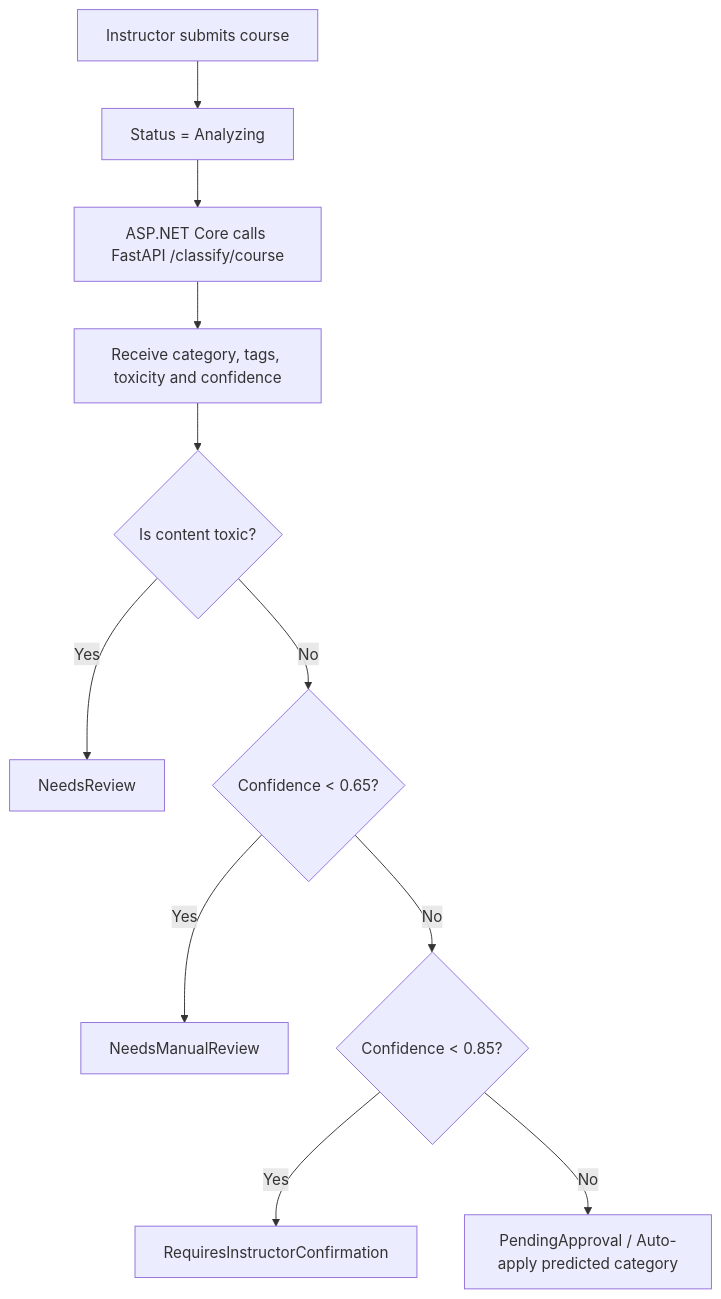
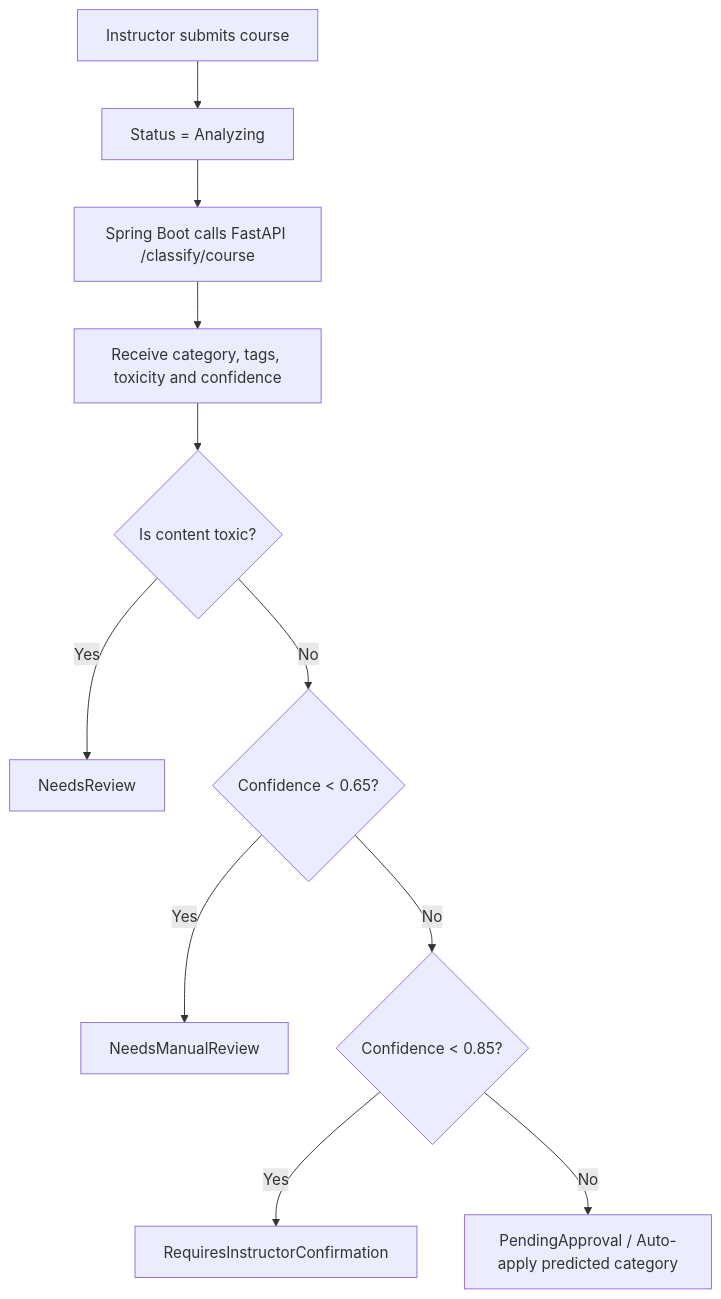
Before and after one commit to bac1234556/Edumy: the diagram in Edumy/walkthrough.md, drawn with Mermaid. The commit also changed other lines of this file and 195 other files, not shown here.

First line of the commit message:
refactor: migrate backend completely from C# (.NET) to Java 17 (Spring Boot 3.2.0)

````diff
--- a/Edumy/walkthrough.md
+++ b/Edumy/walkthrough.md
@@ -63,13 +63,13 @@
 ```mermaid
 graph TD
     A[Instructor submits course] --> B[Status = Analyzing]
-    B --> C[ASP.NET Core calls FastAPI /classify/course]
+    B --> C[Spring Boot calls FastAPI /classify/course]
     C --> D[Receive category, tags, toxicity and confidence]
     D --> E{Is content toxic?}
     E -- Yes --> F[NeedsReview]
     E -- No --> G{Confidence < 0.65?}
     G -- Yes --> H[NeedsManualReview]
     G -- No --> I{Confidence < 0.85?}
     I -- Yes --> J[RequiresInstructorConfirmation]
     I -- No --> K[PendingApproval / Auto-apply predicted category]
 ```
````
